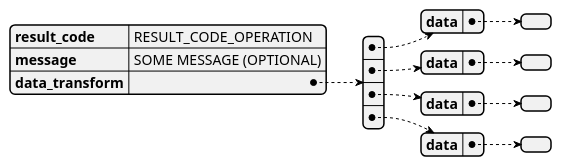
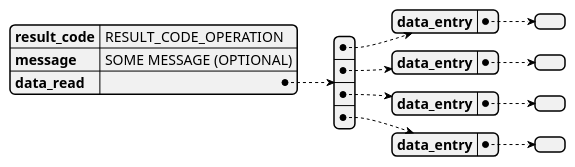
Before and after one commit to istar-iscte/MPAI-AIH: the diagram in diagrams/oldStuff/Data.puml, drawn with PlantUML. The commit also changed 8 other files, not shown here.

Commit message:
Some changes to the diagrams

```diff
--- a/diagrams/oldStuff/Data.puml
+++ b/diagrams/oldStuff/Data.puml
@@ -1,20 +1,20 @@
 @startjson
 {
     "result_code": "RESULT_CODE_OPERATION",
     "message": "SOME MESSAGE (OPTIONAL)",
-    "data_transform": [
+    "data_read": [
         {
-            "data": {}
+            "data_entry": {}
         },
         {
-            "data": {}
+            "data_entry": {}
         },
         {
-            "data": {}
+            "data_entry": {}
         },
         {
-            "data": {}
+            "data_entry": {}
         }
     ]
 }
 @endjson
```
